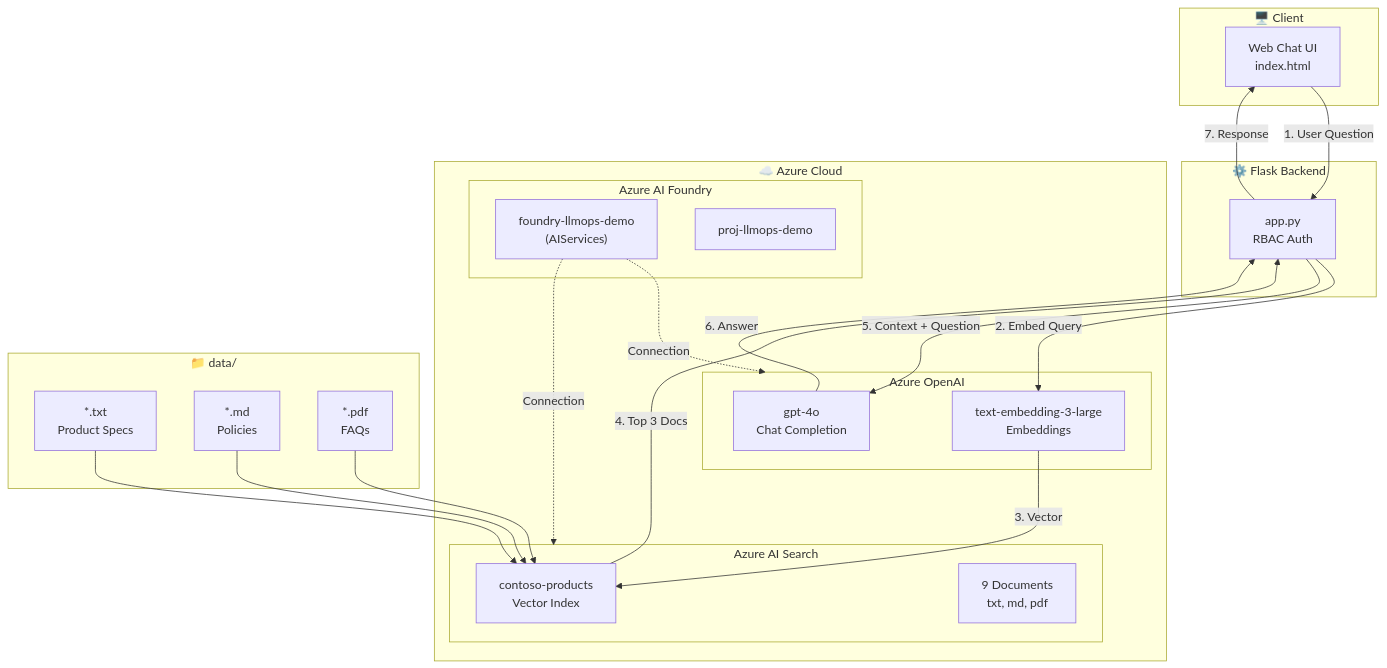
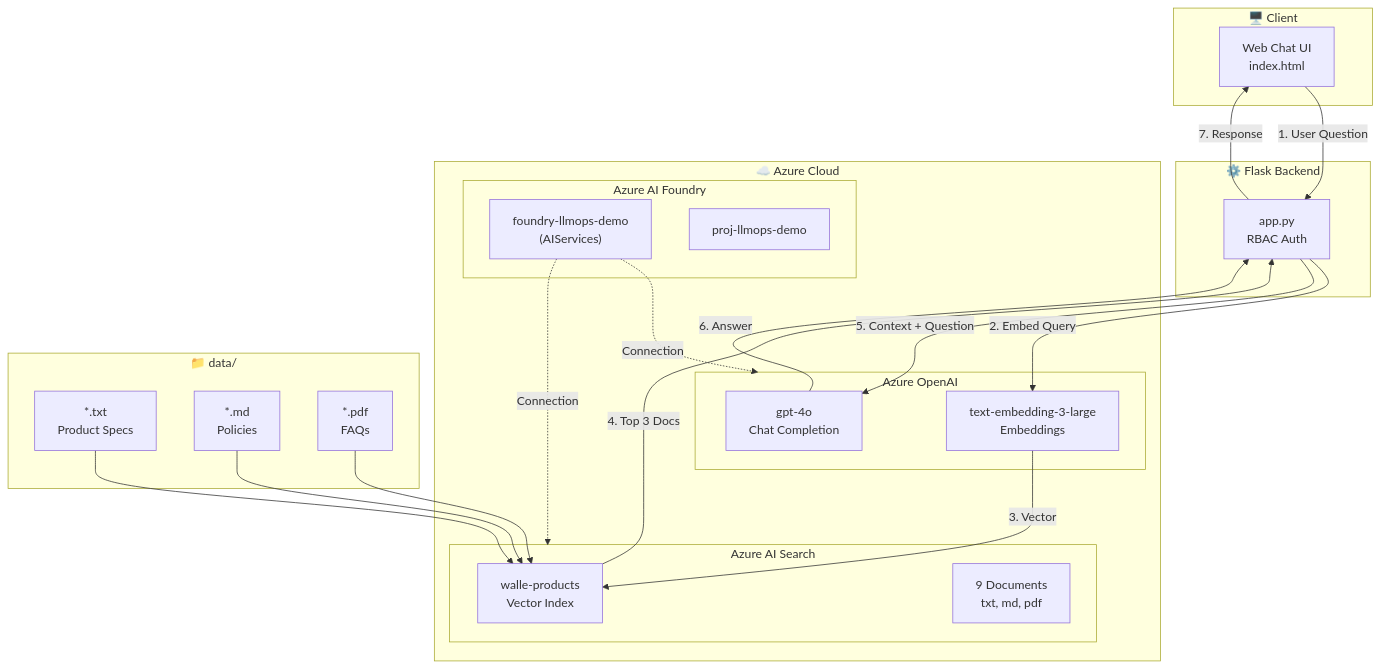
Before and after one commit to ritwickmicrosoft/llmops-workshop-demo: the first of 3 diagrams in README.md, drawn with Mermaid.

Commit message:
Update architecture diagram: contoso-products -> walle-products

````diff
--- a/README.md
+++ b/README.md
@@ -10,48 +10,48 @@
 ```mermaid
 flowchart TB
     subgraph Client["🖥️ Client"]
         UI["Web Chat UI<br/>index.html"]
     end
 
     subgraph Backend["⚙️ Flask Backend"]
         APP["app.py<br/>RBAC Auth"]
     end
 
     subgraph Azure["☁️ Azure Cloud"]
         subgraph AIFoundry["Azure AI Foundry"]
             FOUNDRY["foundry-llmops-demo<br/>(AIServices)"]
             PROJECT["proj-llmops-demo"]
         end
         
         subgraph OpenAI["Azure OpenAI"]
             GPT["gpt-4o<br/>Chat Completion"]
             EMB["text-embedding-3-large<br/>Embeddings"]
         end
         
         subgraph Search["Azure AI Search"]
-            INDEX["contoso-products<br/>Vector Index"]
+            INDEX["walle-products<br/>Vector Index"]
             DOCS["9 Documents<br/>txt, md, pdf"]
         end
     end
 
     subgraph DataFolder["📁 data/"]
         TXT["*.txt<br/>Product Specs"]
         MD["*.md<br/>Policies"]
         PDF["*.pdf<br/>FAQs"]
     end
 
     UI -->|"1. User Question"| APP
     APP -->|"2. Embed Query"| EMB
     EMB -->|"3. Vector"| INDEX
     INDEX -->|"4. Top 3 Docs"| APP
     APP -->|"5. Context + Question"| GPT
     GPT -->|"6. Answer"| APP
     APP -->|"7. Response"| UI
     
     TXT --> INDEX
     MD --> INDEX
     PDF --> INDEX
     
     FOUNDRY -.->|"Connection"| OpenAI
     FOUNDRY -.->|"Connection"| Search
 ```
````
